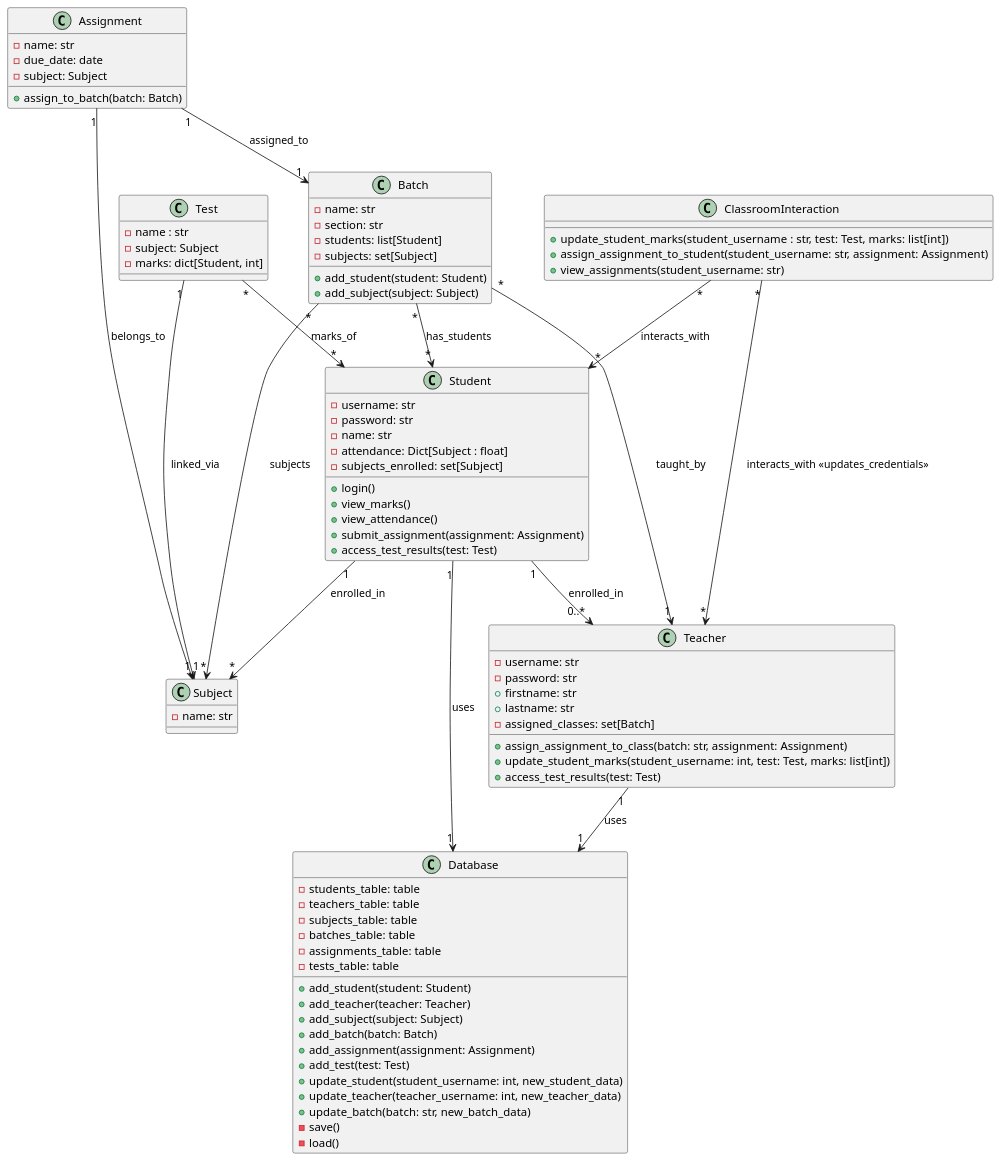
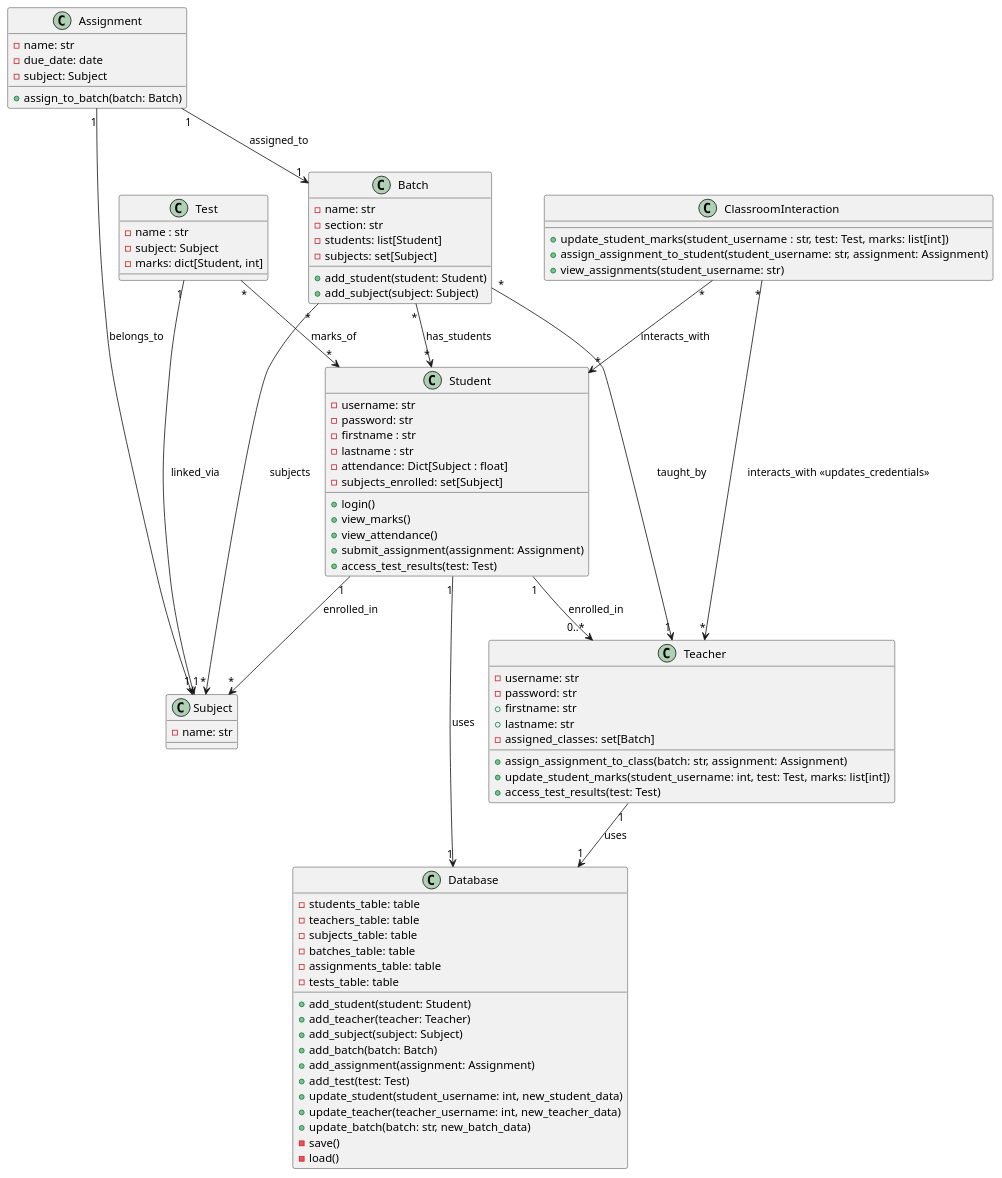
Before and after one commit to SrimanRakshan/DSA: the diagram in umldiagram.puml, drawn with PlantUML. The commit also changed 1 other file, not shown here.

Commit message:
Update UML

```diff
--- a/umldiagram.puml
+++ b/umldiagram.puml
@@ -1,91 +1,92 @@
 @startuml
 class Student {
     - username: str
     - password: str
-    - name: str
+    - firstname : str
+    - lastname : str
     - attendance: Dict[Subject : float]
     - subjects_enrolled: set[Subject]
     + login()
     + view_marks()
     + view_attendance()
     + submit_assignment(assignment: Assignment)
     + access_test_results(test: Test)
 }
 
 class Teacher {
     - username: str
     - password: str
     + firstname: str
     + lastname: str
     - assigned_classes: set[Batch]
     + assign_assignment_to_class(batch: str, assignment: Assignment)
     + update_student_marks(student_username: int, test: Test, marks: list[int])
     + access_test_results(test: Test)
 }
 
 class Subject {
     - name: str
 }
 
 class Batch {
     - name: str
     - section: str
     - students: list[Student]
     - subjects: set[Subject]
     + add_student(student: Student)
     + add_subject(subject: Subject)
 }
 
 class Assignment {
     - name: str
     - due_date: date
     - subject: Subject
     + assign_to_batch(batch: Batch)
 }
 
 class Test {
     - name : str
     - subject: Subject
     - marks: dict[Student, int]
 }
 
 class ClassroomInteraction {
     + update_student_marks(student_username : str, test: Test, marks: list[int])
     + assign_assignment_to_student(student_username: str, assignment: Assignment)
     + view_assignments(student_username: str)
 }
 
 class Database {
     - students_table: table
     - teachers_table: table
     - subjects_table: table
     - batches_table: table
     - assignments_table: table
     - tests_table: table
     + add_student(student: Student)
     + add_teacher(teacher: Teacher)
     + add_subject(subject: Subject)
     + add_batch(batch: Batch)
     + add_assignment(assignment: Assignment)
     + add_test(test: Test)
     + update_student(student_username: int, new_student_data)
     + update_teacher(teacher_username: int, new_teacher_data)
     + update_batch(batch: str, new_batch_data)
     - save()
     - load()
 }
 
 Student "1" --> "0..*" Teacher : enrolled_in
 Student "1" --> "1" Database : uses
 Teacher "1" --> "1" Database : uses
 Student "1" --> "*" Subject : enrolled_in
 Batch "*" --> "1" Teacher : taught_by
 Batch "*" --> "*" Student : has_students
 Batch "*" --> "*" Subject : subjects
 Assignment "1" --> "1" Subject : belongs_to
 Assignment "1" --> "1" Batch : assigned_to
 Test "1" --> "1" Subject : linked_via
 Test "*" --> "*" Student : marks_of
 ClassroomInteraction "*" --> "*" Teacher : interacts_with <<updates_credentials>>
 ClassroomInteraction "*" --> "*" Student : interacts_with
 @enduml
```
